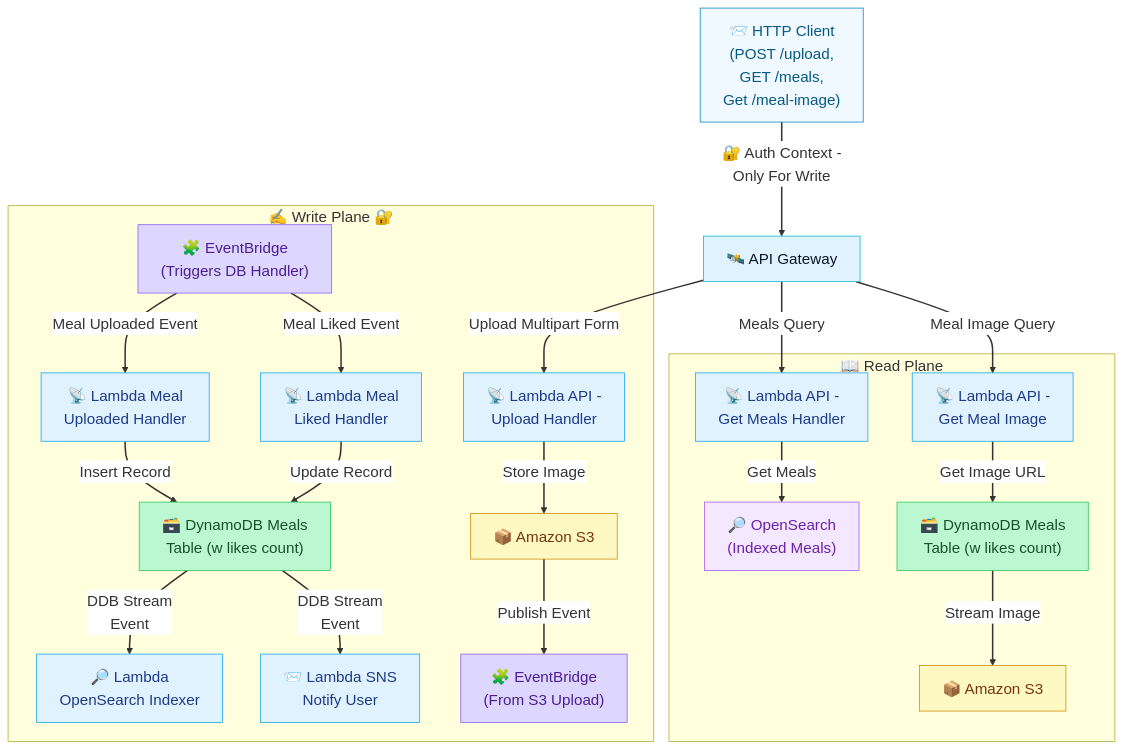
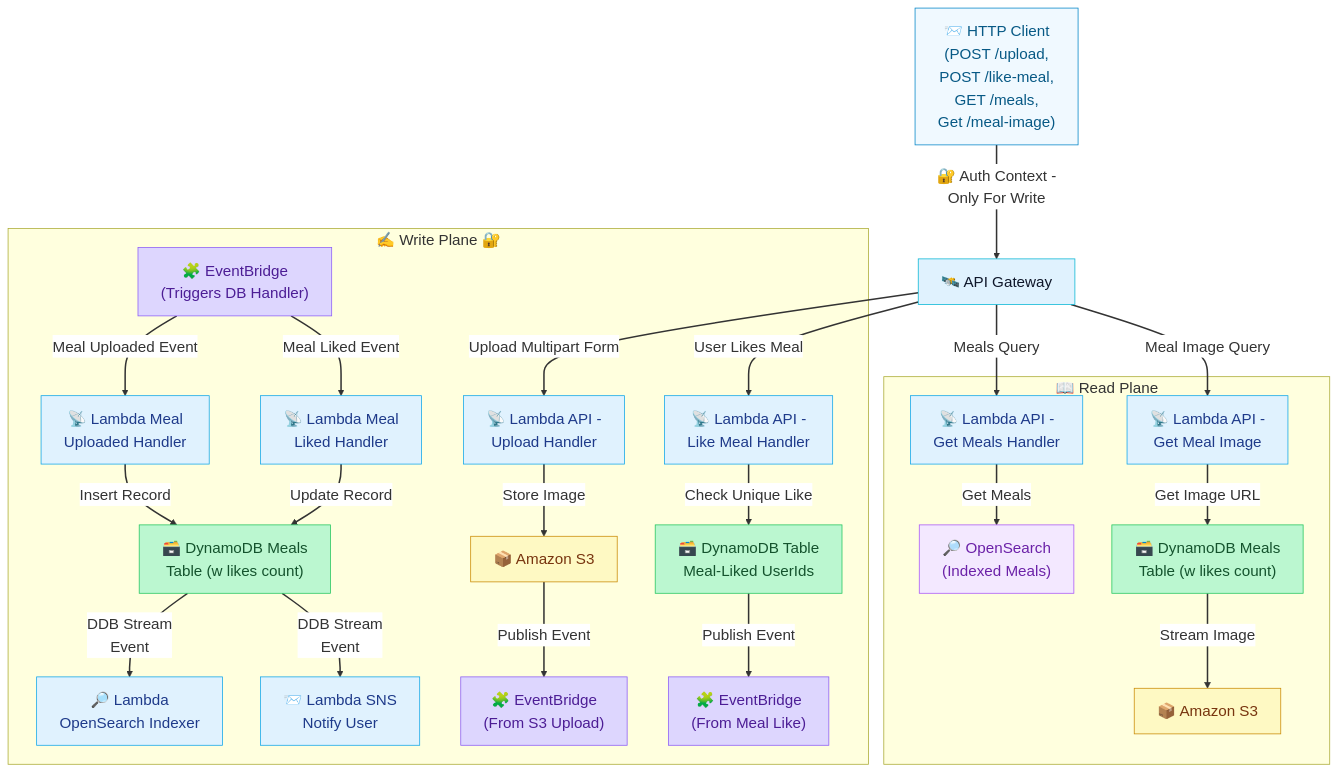
One commit to Venkat-Gorla/smartmeal-serverless changed the diagram in services/docs/write_plane.mmd. Above: the diagram before and after it, drawn with Mermaid.

Commit message:
[mermaid] user likes meal flow included

```diff
--- a/services/docs/write_plane.mmd
+++ b/services/docs/write_plane.mmd
@@ -1,59 +1,66 @@
 %%{init: {"theme": "default", "themeVariables": { "fontSize": "20px", "primaryColor": "#E0F2FE", "edgeLabelBackground":"#ffffff"}}}%%
 flowchart TD
 
-  A["📨 HTTP Client<br/>(POST /upload,<br/>GET /meals,<br/>Get /meal-image)"]:::client
+  A["📨 HTTP Client<br/>(POST /upload,<br/>POST /like-meal,<br/>GET /meals,<br/>Get /meal-image)"]:::client
   Y["🛰️ API Gateway"]:::apigw
 
   %% Write Plane
   subgraph WRITE["✍️ Write Plane 🔐"]
     B["📡 Lambda API -<br/>Upload Handler"]:::lambda
     C["📦 Amazon S3"]:::s3
     D["🧩 EventBridge<br/>(From S3 Upload)"]:::event
     E["🧩 EventBridge<br/>(Triggers DB Handler)"]:::event
     F["📡 Lambda Meal<br/>Uploaded Handler"]:::lambda
     G["🗃️ DynamoDB Meals<br/>Table (w likes count)"]:::ddb
     H["🔎 Lambda<br/>OpenSearch Indexer"]:::lambda
 
     I["📡 Lambda Meal<br/>Liked Handler"]:::lambda
     J["📨 Lambda SNS<br/>Notify User"]:::lambda
+
+    K["📡 Lambda API -<br/>Like Meal Handler"]:::lambda
+    L["🗃️ DynamoDB Table<br/>Meal-Liked UserIds"]:::ddb
+    M["🧩 EventBridge<br/>(From Meal Like)"]:::event
   end
 
   %% Read Plane
   subgraph READ["📖 Read Plane"]
     R1["📡 Lambda API -<br/>Get Meals Handler"]:::lambda
     R2["🔎 OpenSearch<br/>(Indexed Meals)"]:::search
 
     R3["📡 Lambda API -<br/>Get Meal Image"]:::lambda
     R4["🗃️ DynamoDB Meals<br/>Table (w likes count)"]:::ddb
     R5["📦 Amazon S3"]:::s3
   end
 
   %% Client routes
   A -->|🔐 Auth Context -<br/>Only For Write| Y
   Y -->|Upload Multipart Form| B
+  Y -->|User Likes Meal| K
   Y -->|Meals Query| R1
   Y -->|Meal Image Query| R3
   R1 -->|Get Meals| R2
   R3 -->|Get Image URL| R4
   R4 -->|Stream Image| R5
 
   %% Write flow
   B -->|Store Image| C
   C -->|Publish Event| D
   E -->|Meal Uploaded Event| F
   E -->|Meal Liked Event| I
   F -->|Insert Record| G
   G -->|DDB Stream<br/>Event| H
   G -->|DDB Stream<br/>Event| J
   I -->|Update Record| G
+  K -->|Check Unique Like| L
+  L -->|Publish Event| M
 
   %% Class styles
   classDef client fill:#F0F9FF,stroke:#0284C7,color:#075985;
   classDef apigw fill:#E0F2FE,stroke:#06B6D4,color:#0F172A;
   classDef lambda fill:#E0F2FE,stroke:#0EA5E9,color:#1E3A8A;
   classDef s3 fill:#FEF9C3,stroke:#CA8A04,color:#78350F;
   classDef event fill:#DDD6FE,stroke:#8B5CF6,color:#4C1D95;
   classDef ddb fill:#BBF7D0,stroke:#22C55E,color:#14532D;
   classDef search fill:#F3E8FF,stroke:#A855F7,color:#6B21A8;
 
   linkStyle default stroke-width:2px,fill:none;
```
